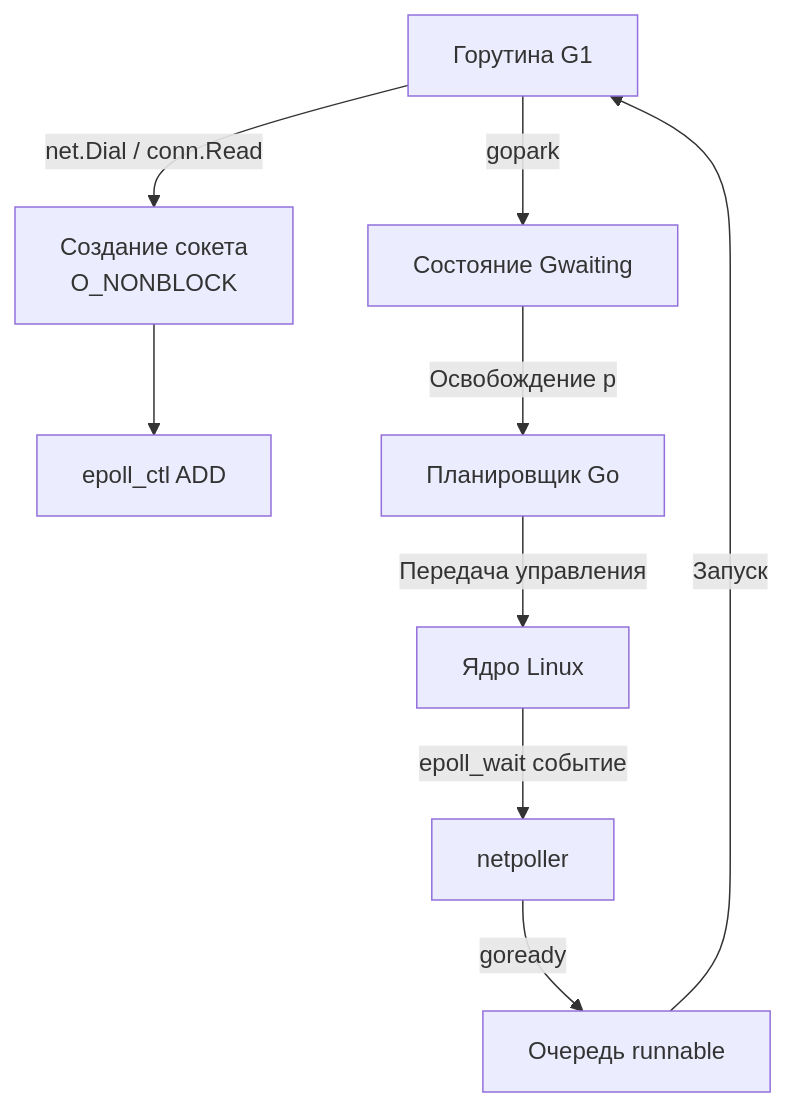
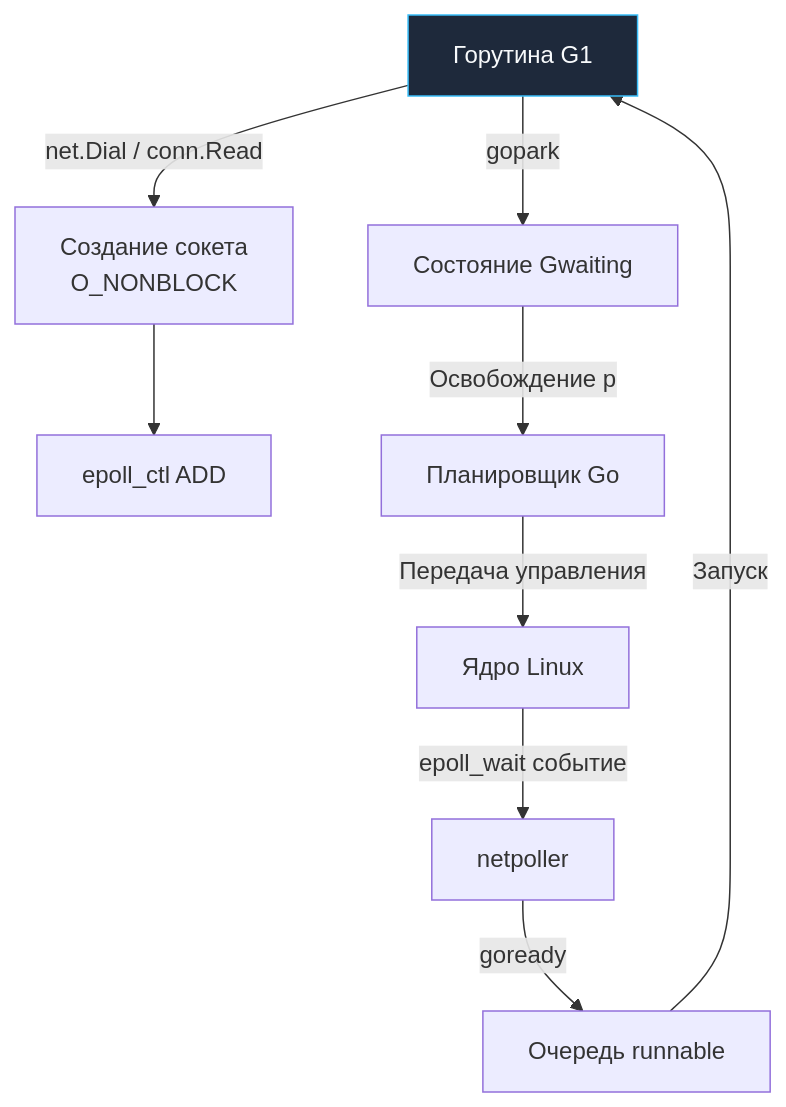
Before and after one commit to UnrealTemplier/go-textbook: the second of 2 diagrams in sources/3. Компьютерные сети и сетевой стек/44. Итоги раздела. Полная картина сетевого стека для Go-разработчика.md, drawn with Mermaid. The commit also changed other lines of this file and 1666 other files, not shown here.

First line of the commit message:
feat(mermaid): add semantic color classDef to 1369 colorless flowchart/graph diagrams

````diff
--- a/sources/3. Компьютерные сети и сетевой стек/44. Итоги раздела. Полная картина сетевого стека для Go-разработчика.md
+++ b/sources/3. Компьютерные сети и сетевой стек/44. Итоги раздела. Полная картина сетевого стека для Go-разработчика.md
@@ -71,11 +81,21 @@
 ```mermaid
 flowchart TD
-    G["Горутина G1"] -->|net.Dial / conn.Read| S["Создание сокета<br>О_NONBLOCK"]
+    classDef process  fill:#1e293b,stroke:#38bdf8,stroke-width:1px,color:#f8fafc
+    classDef success  fill:#064e3b,stroke:#34d399,stroke-width:1px,color:#f8fafc
+    classDef error    fill:#7f1d1d,stroke:#f87171,stroke-width:1px,color:#f8fafc
+    classDef warning  fill:#78350f,stroke:#fbbf24,stroke-width:1px,color:#f8fafc
+    classDef entry    fill:#1e3a5f,stroke:#38bdf8,stroke-width:2px,color:#f8fafc
+    classDef aux      fill:#334155,stroke:#64748b,stroke-width:1px,color:#f8fafc
+    classDef system   fill:#312e81,stroke:#a78bfa,stroke-width:1px,color:#f8fafc
+    classDef data     fill:#132d29,stroke:#2dd4bf,stroke-width:1px,color:#f8fafc
+    classDef network  fill:#881337,stroke:#fb7185,stroke-width:1px,color:#f8fafc
+    classDef accent   fill:#1e1b4b,stroke:#818cf8,stroke-width:1px,color:#f8fafc
+    G["Горутина G1"]:::process -->|net.Dial / conn.Read| S["Создание сокета<br>О_NONBLOCK"]
     S --> E["epoll_ctl ADD"]
     G -->|gopark| W["Состояние Gwaiting"]
     W -->|Освобождение p| P["Планировщик Go"]
     P -->|Передача управления| OS["Ядро Linux"]
     OS -->|epoll_wait событие| N["netpoller"]
     N -->|goready| R["Очередь runnable"]
     R -->|Запуск| G
 ```
````
